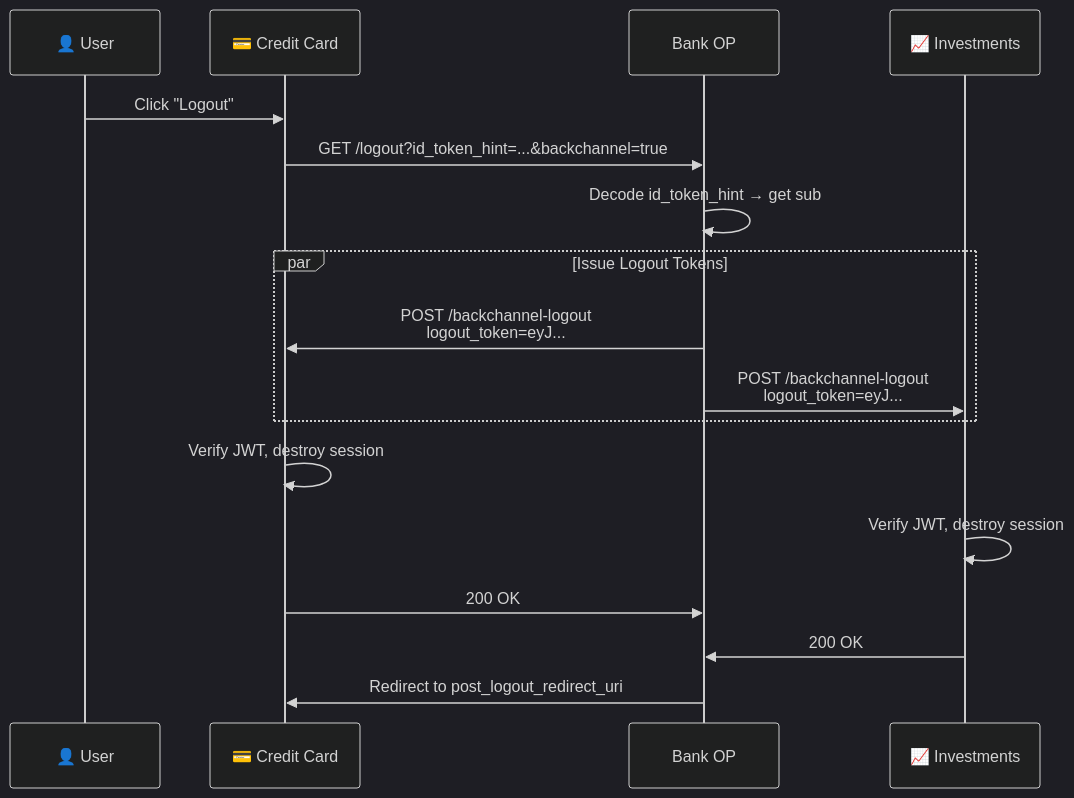
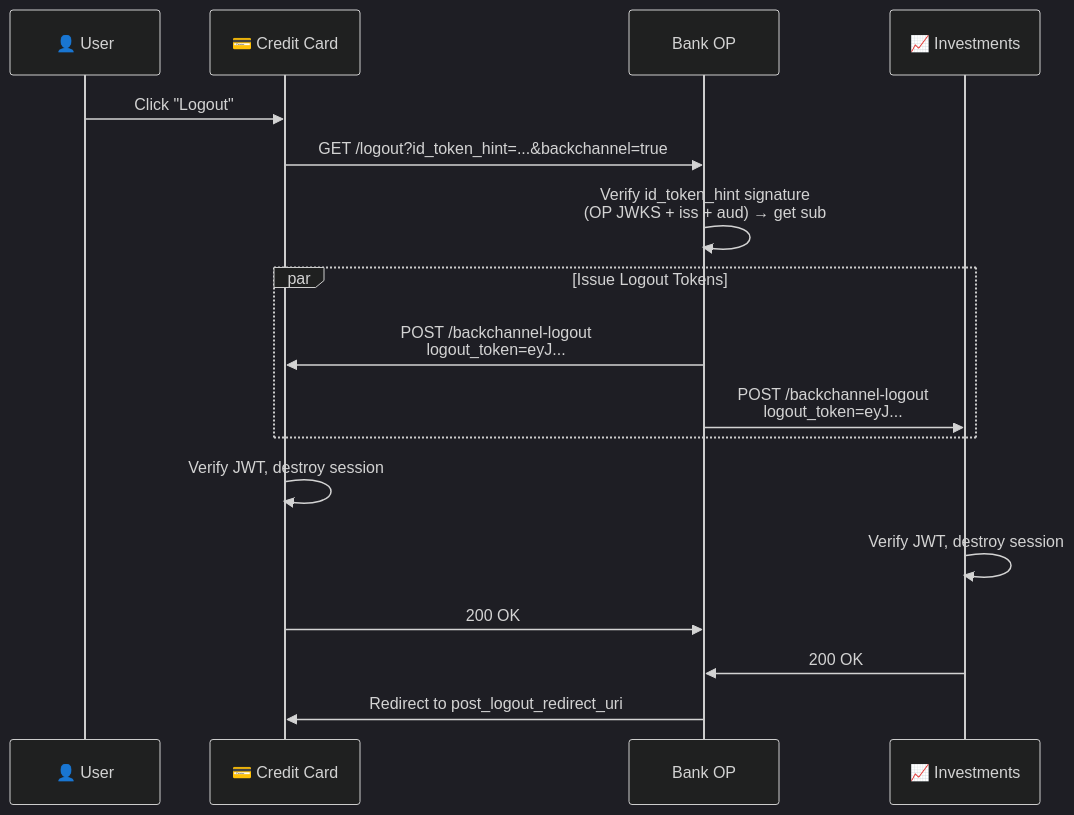
The third of 6 diagrams in docs/BACKCHANNEL-LOGOUT-TUTORIAL.md (blackadi/OAUTH2.0), drawn with Mermaid before and after one commit. The commit also changed other lines of this file and 20 other files, not shown here.

First line of the commit message:
fix(logout): verify id_token_hint instead of decoding it, unblocking BCL-W5

````diff
--- a/docs/BACKCHANNEL-LOGOUT-TUTORIAL.md
+++ b/docs/BACKCHANNEL-LOGOUT-TUTORIAL.md
@@ -206,24 +206,24 @@
 ```mermaid
 %%{init: {'theme': 'dark'}}%%
 sequenceDiagram
     participant User as 👤 User
     participant RP1 as 💳 Credit Card
     participant OP as Bank OP
     participant RP2 as 📈 Investments
 
     User->>RP1: Click "Logout"
     RP1->>OP: GET /logout?id_token_hint=...&backchannel=true
-    OP->>OP: Decode id_token_hint → get sub
+    OP->>OP: Verify id_token_hint signature<br/>(OP JWKS + iss + aud) → get sub
     
     par Issue Logout Tokens
         OP->>RP1: POST /backchannel-logout<br/>logout_token=eyJ...
         OP->>RP2: POST /backchannel-logout<br/>logout_token=eyJ...
     end
     
     RP1->>RP1: Verify JWT, destroy session
     RP2->>RP2: Verify JWT, destroy session
     RP1->>OP: 200 OK
     RP2->>OP: 200 OK
     
     OP->>RP1: Redirect to post_logout_redirect_uri
 ```
````
